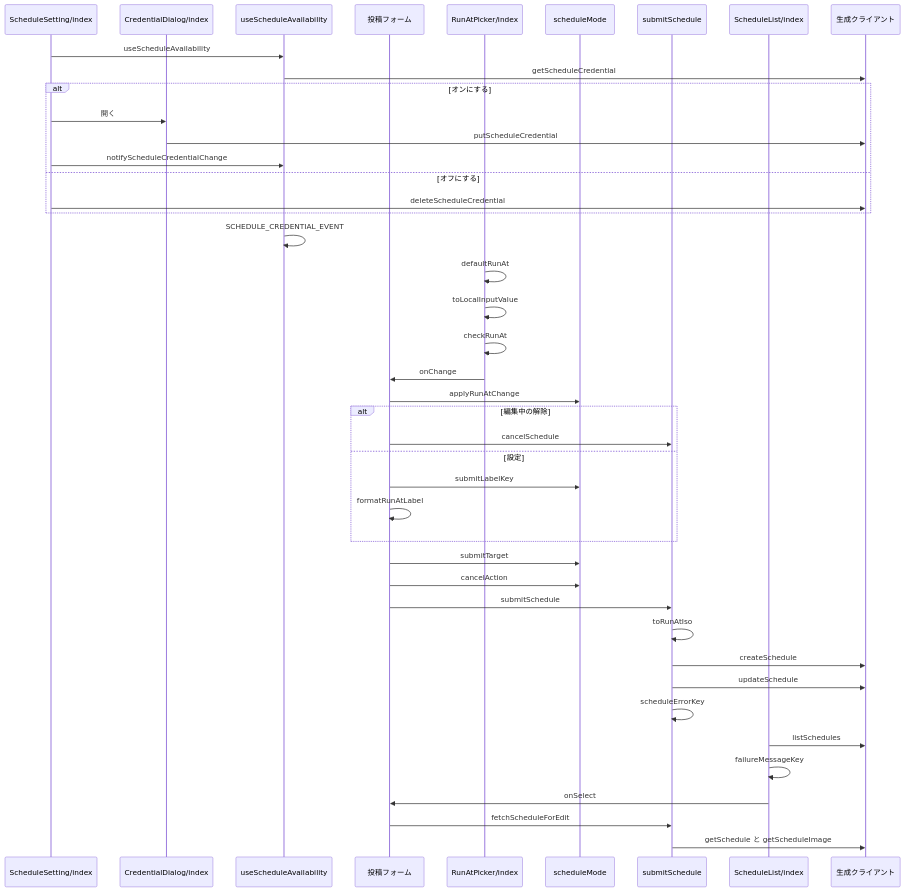
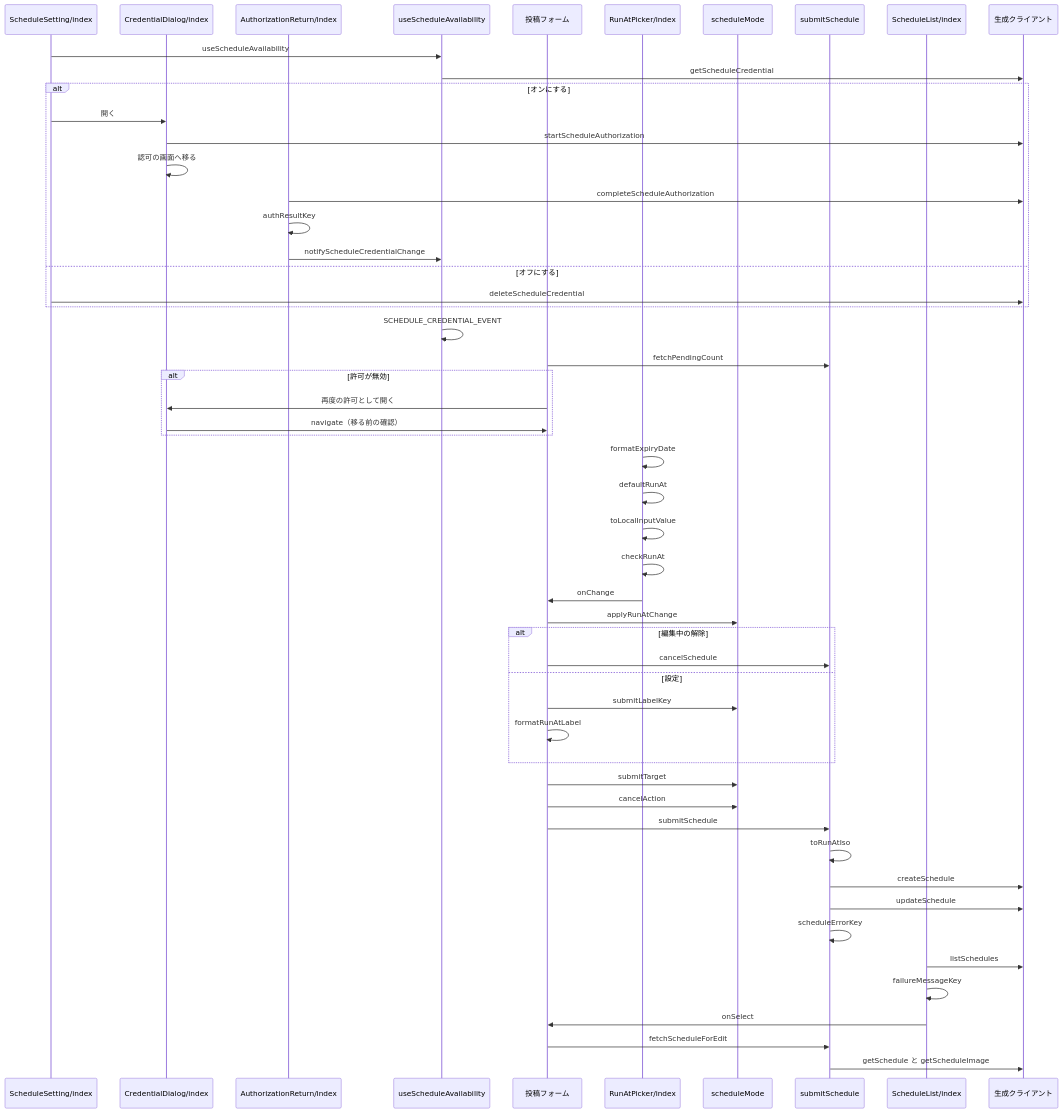
Before and after one commit to nekono-dev/skyshare: the third of 3 diagrams in specs/schedule-form/design.md, drawn with Mermaid. The commit also changed other lines of this file and 88 other files, not shown here.

````diff
--- a/specs/schedule-form/design.md
+++ b/specs/schedule-form/design.md
@@ -63,45 +67,55 @@
 ```mermaid
 sequenceDiagram
   participant ScheduleSetting as ScheduleSetting/index
   participant CredentialDialog as CredentialDialog/index
+  participant AuthorizationReturn as AuthorizationReturn/index
   participant useScheduleAvailability
   participant ext_composer as 投稿フォーム
   participant RunAtPicker as RunAtPicker/index
   participant scheduleMode
   participant submitSchedule
   participant ScheduleList as ScheduleList/index
   participant ext_client as 生成クライアント
   ScheduleSetting->>useScheduleAvailability: useScheduleAvailability
   useScheduleAvailability->>ext_client: getScheduleCredential
   alt オンにする
     ScheduleSetting->>CredentialDialog: 開く
-    CredentialDialog->>ext_client: putScheduleCredential
-    ScheduleSetting->>useScheduleAvailability: notifyScheduleCredentialChange
+    CredentialDialog->>ext_client: startScheduleAuthorization
+    CredentialDialog->>CredentialDialog: 認可の画面へ移る
+    AuthorizationReturn->>ext_client: completeScheduleAuthorization
+    AuthorizationReturn->>AuthorizationReturn: authResultKey
+    AuthorizationReturn->>useScheduleAvailability: notifyScheduleCredentialChange
   else オフにする
     ScheduleSetting->>ext_client: deleteScheduleCredential
   end
   useScheduleAvailability->>useScheduleAvailability: SCHEDULE_CREDENTIAL_EVENT
+  ext_composer->>submitSchedule: fetchPendingCount
+  alt 許可が無効
+    ext_composer->>CredentialDialog: 再度の許可として開く
+    CredentialDialog->>ext_composer: navigate（移る前の確認）
+  end
+  RunAtPicker->>RunAtPicker: formatExpiryDate
   RunAtPicker->>RunAtPicker: defaultRunAt
   RunAtPicker->>RunAtPicker: toLocalInputValue
   RunAtPicker->>RunAtPicker: checkRunAt
   RunAtPicker->>ext_composer: onChange
   ext_composer->>scheduleMode: applyRunAtChange
   alt 編集中の解除
     ext_composer->>submitSchedule: cancelSchedule
   else 設定
     ext_composer->>scheduleMode: submitLabelKey
     ext_composer->>ext_composer: formatRunAtLabel
   end
   ext_composer->>scheduleMode: submitTarget
   ext_composer->>scheduleMode: cancelAction
   ext_composer->>submitSchedule: submitSchedule
   submitSchedule->>submitSchedule: toRunAtIso
   submitSchedule->>ext_client: createSchedule
   submitSchedule->>ext_client: updateSchedule
   submitSchedule->>submitSchedule: scheduleErrorKey
   ScheduleList->>ext_client: listSchedules
   ScheduleList->>ScheduleList: failureMessageKey
   ScheduleList->>ext_composer: onSelect
   ext_composer->>submitSchedule: fetchScheduleForEdit
   submitSchedule->>ext_client: getSchedule と getScheduleImage
 ```
````
